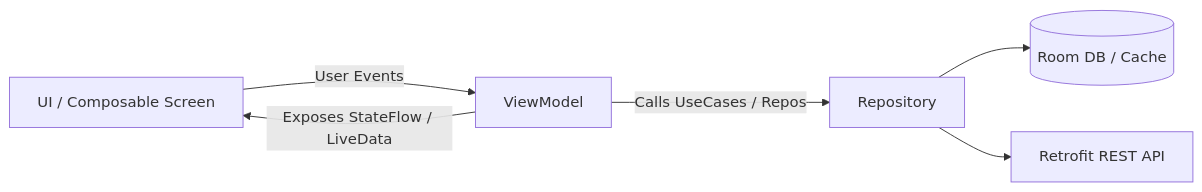
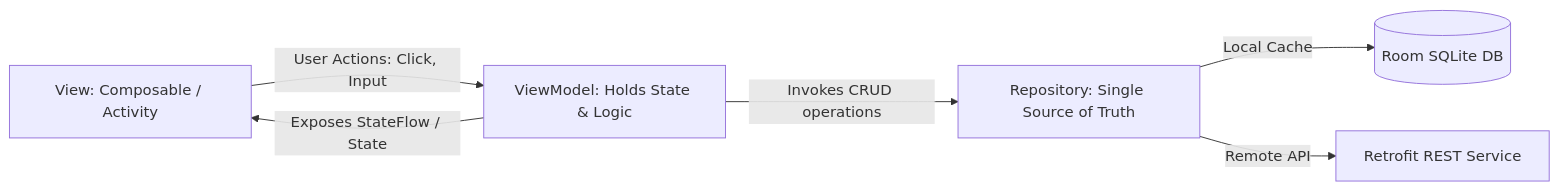
The fourth of 4 diagrams in interviews/03_L1_Android_Developer_Guide.md (vennamprasad/DevCrack-Mobile-Interviews), drawn with Mermaid before and after one commit. The commit also changed other lines of this file and 2 other files, not shown here.

````diff
--- a/interviews/03_L1_Android_Developer_Guide.md
+++ b/interviews/03_L1_Android_Developer_Guide.md
@@ -262,8 +365,8 @@
 ```mermaid
 graph LR
-    View[UI / Composable Screen] -->|User Events| ViewModel
-    ViewModel -->|Exposes StateFlow / LiveData| View
-    ViewModel -->|Calls UseCases / Repos| Repository
-    Repository --> Local[(Room DB / Cache)]
-    Repository --> Remote[Retrofit REST API]
+    UI[View: Composable / Activity] -->|User Actions: Click, Input| VM[ViewModel: Holds State & Logic]
+    VM -->|Exposes StateFlow / State| UI
+    VM -->|Invokes CRUD operations| Repo[Repository: Single Source of Truth]
+    Repo -->|Local Cache| Room[(Room SQLite DB)]
+    Repo -->|Remote API| API[Retrofit REST Service]
 ```
````
